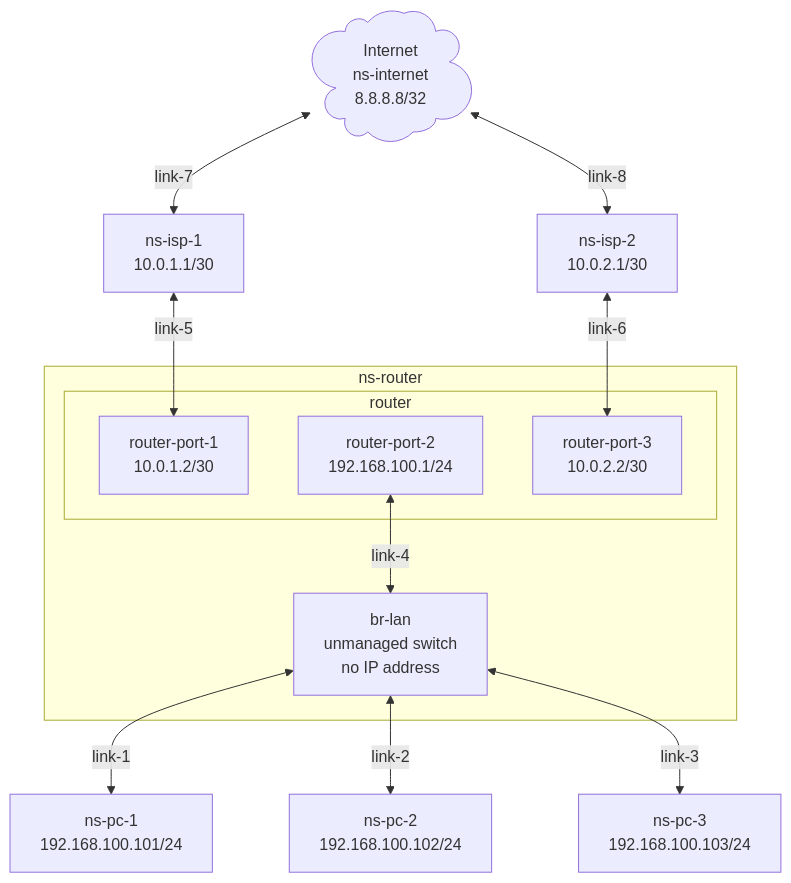
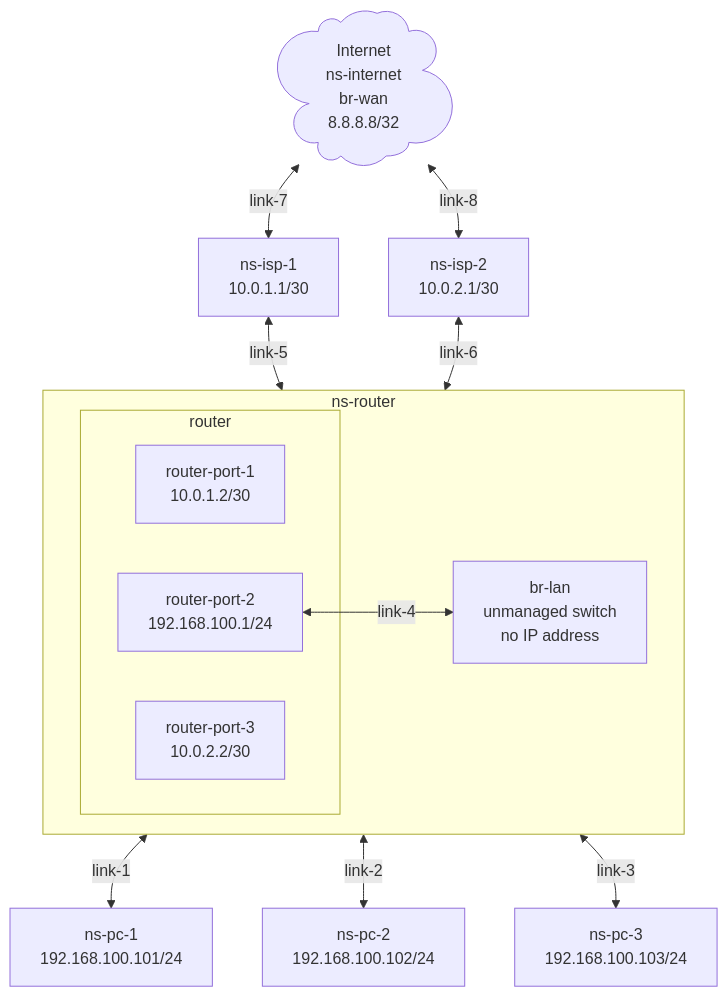
One commit to twdamhore/virtual-switch-lab changed the diagram in docs/01-policy-routing.md. Above: the diagram before and after it, drawn with Mermaid. The commit also changed other lines of this file, not shown here.

Commit message:
Rename bridge from br-internet to br-wan

````diff
--- a/docs/01-policy-routing.md
+++ b/docs/01-policy-routing.md
@@ -34,27 +34,28 @@
 ```mermaid
 graph TB
-    Internet@{ label: "Internet<br>ns-internet<br>8.8.8.8/32", shape: cloud }
+    Internet@{ label: "Internet<br>ns-internet<br>br-wan<br>8.8.8.8/32", shape: cloud }
     ISP_1["ns-isp-1<br>10.0.1.1/30"]
     ISP_2["ns-isp-2<br>10.0.2.1/30"]
     subgraph "ns-router"
+        direction LR
         subgraph "router"
             ROUTER_PORT_1["router-port-1<br>10.0.1.2/30"]
             ROUTER_PORT_2["router-port-2<br>192.168.100.1/24"]
             ROUTER_PORT_3["router-port-3<br>10.0.2.2/30"]
         end
         SWITCH["br-lan<br>unmanaged switch<br>no IP address"]        
     end
 
     PC_1["ns-pc-1<br>192.168.100.101/24"]
     PC_2["ns-pc-2<br>192.168.100.102/24"]
     PC_3["ns-pc-3<br>192.168.100.103/24"]
     
     Internet <-- link-7 --> ISP_1
     Internet <-- link-8 --> ISP_2
     ISP_1 <-- link-5 --> ROUTER_PORT_1
     ISP_2 <-- link-6 --> ROUTER_PORT_3
     ROUTER_PORT_2 <-- link-4 --> SWITCH
     SWITCH <-- link-1 --> PC_1
     SWITCH <-- link-2 --> PC_2
     SWITCH <-- link-3 --> PC_3
 ```
````
